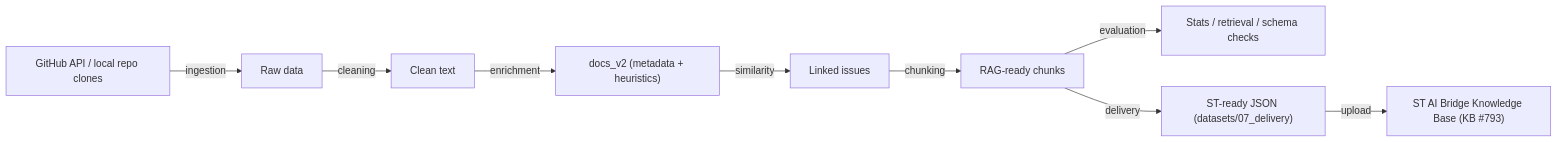
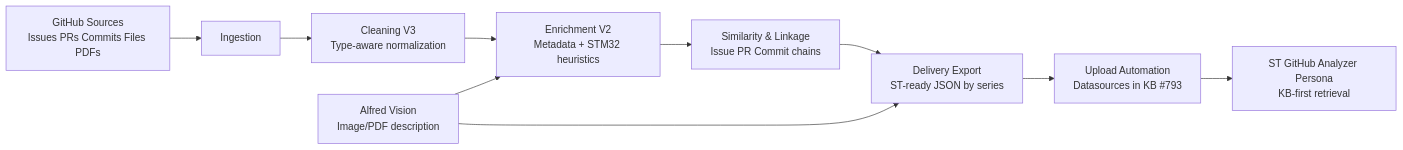
Before and after one commit to ALABSTM/stm32cube-gh-kb-pipeline: the first of 2 diagrams in README.md, drawn with Mermaid. The commit also changed other lines of this file, not shown here.

Commit message:
Refresh README with current pipeline architecture and CI/CD flow

````diff
--- a/README.md
+++ b/README.md
@@ -15,11 +26,13 @@
 ```mermaid
 flowchart LR
-    A[GitHub API / local repo clones] -->|ingestion| B[Raw data]
-    B -->|cleaning| C[Clean text]
-    C -->|enrichment| D["docs_v2 (metadata + heuristics)"]
-    D -->|similarity| E[Linked issues]
-    E -->|chunking| F[RAG-ready chunks]
-    F -->|evaluation| G[Stats / retrieval / schema checks]
-    F -->|delivery| H["ST-ready JSON (datasets/07_delivery)"]
-    H -->|upload| I["ST AI Bridge Knowledge Base (KB #793)"]
+    A[GitHub Sources<br/>Issues PRs Commits Files PDFs] --> B[Ingestion]
+    B --> C[Cleaning V3<br/>Type-aware normalization]
+    C --> D[Enrichment V2<br/>Metadata + STM32 heuristics]
+    D --> E[Similarity & Linkage<br/>Issue PR Commit chains]
+    E --> F[Delivery Export<br/>ST-ready JSON by series]
+    F --> G[Upload Automation<br/>Datasources in KB #793]
+    G --> H[ST GitHub Analyzer Persona<br/>KB-first retrieval]
+
+    I[Alfred Vision<br/>Image/PDF description] --> D
+    I --> F
 ```
````
